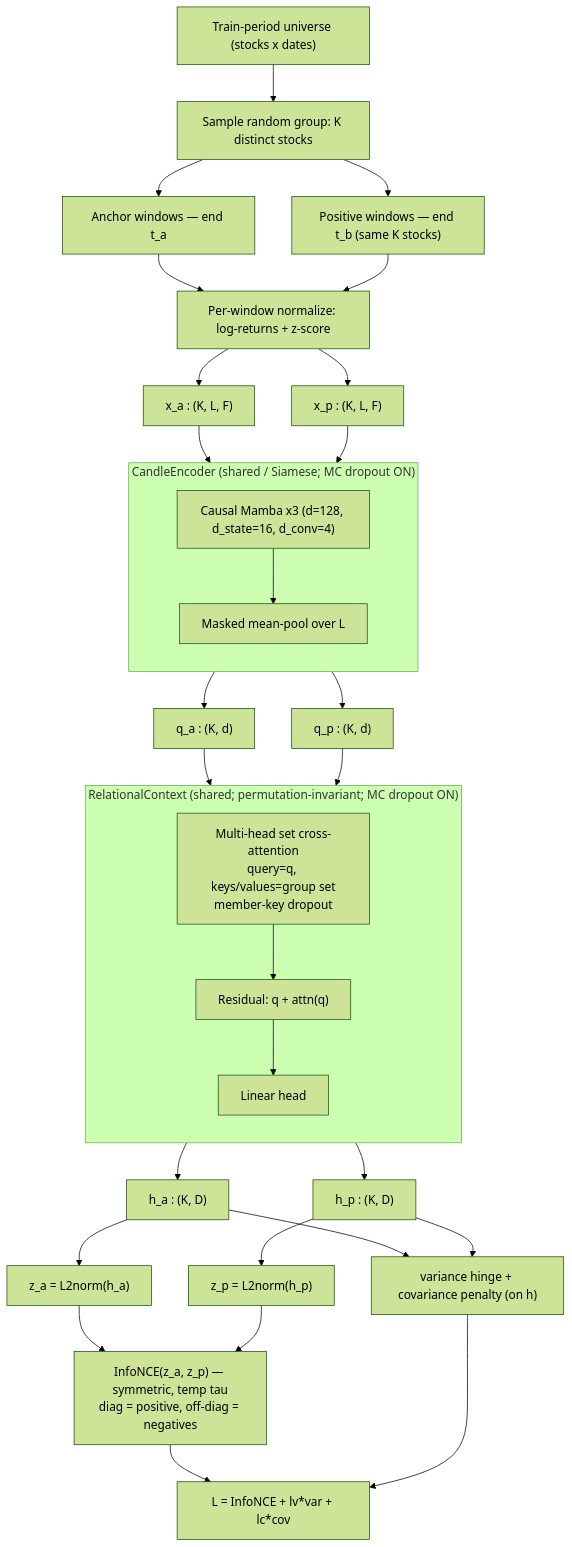
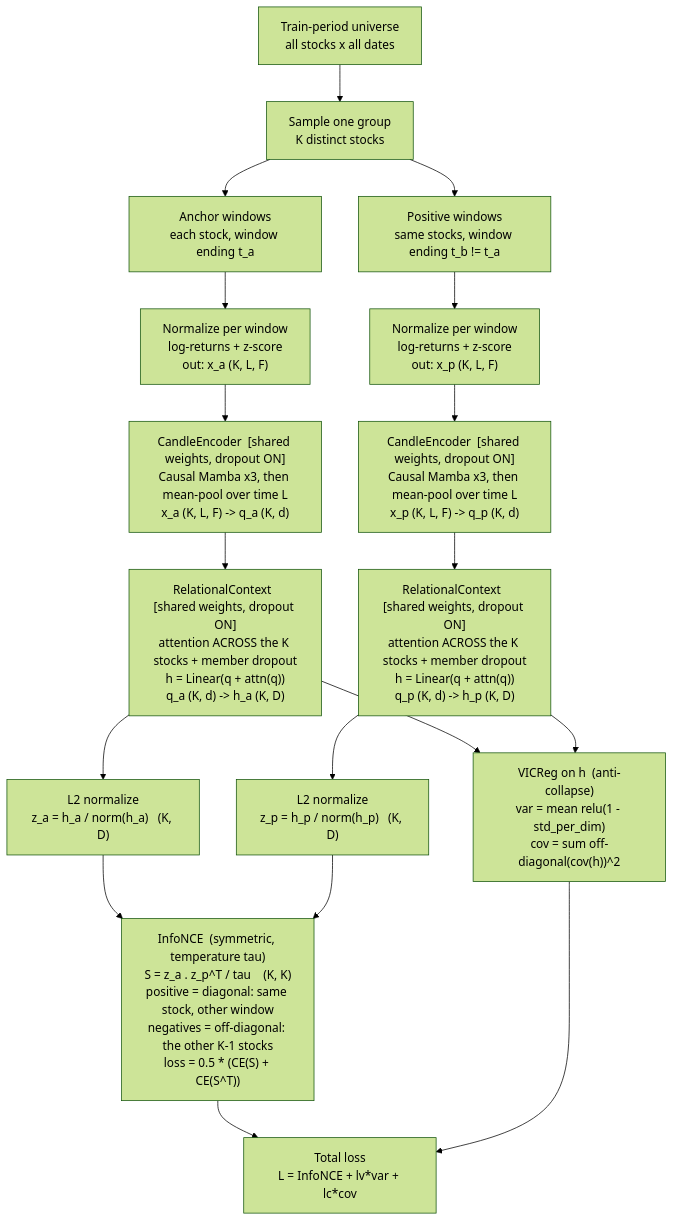
One commit to hpnyaggerman/stonks changed the first of 2 diagrams in stock_identity.md. Above: the diagram before and after it, drawn with Mermaid (forest theme). The commit also changed other lines of this file, not shown here.

Commit message:
Update stock identity doc

````diff
--- a/stock_identity.md
+++ b/stock_identity.md
@@ -21,44 +21,24 @@
 ```mermaid
 flowchart TD
-    U["Train-period universe (stocks x dates)"]
-    U --> G["Sample random group: K distinct stocks"]
-    G --> WA["Anchor windows — end t_a"]
-    G --> WP["Positive windows — end t_b (same K stocks)"]
+    U["Train-period universe<br/>all stocks x all dates"]
+    U --> G["Sample one group<br/>K distinct stocks"]
+    G --> WA["Anchor windows<br/>each stock, window ending t_a"]
+    G --> WP["Positive windows<br/>same stocks, window ending t_b != t_a"]
 
-    WA --> NORM["Per-window normalize: log-returns + z-score"]
-    WP --> NORM
-    NORM --> XA["x_a : (K, L, F)"]
-    NORM --> XP["x_p : (K, L, F)"]
+    WA --> NA["Normalize per window<br/>log-returns + z-score<br/>out: x_a (K, L, F)"]
+    NA --> MA["CandleEncoder  [shared weights, dropout ON]<br/>Causal Mamba x3, then mean-pool over time L<br/>x_a (K, L, F) -> q_a (K, d)"]
+    MA --> RA["RelationalContext  [shared weights, dropout ON]<br/>attention ACROSS the K stocks + member dropout<br/>h = Linear(q + attn(q))<br/>q_a (K, d) -> h_a (K, D)"]
+    RA --> ZA["L2 normalize<br/>z_a = h_a / norm(h_a)   (K, D)"]
 
-    subgraph ENC["CandleEncoder (shared / Siamese; MC dropout ON)"]
-      direction TB
-      MB["Causal Mamba x3 (d=128, d_state=16, d_conv=4)"]
-      MB --> PL["Masked mean-pool over L"]
-    end
-    XA --> ENC
-    XP --> ENC
-    ENC --> QA["q_a : (K, d)"]
-    ENC --> QP["q_p : (K, d)"]
+    WP --> NP["Normalize per window<br/>log-returns + z-score<br/>out: x_p (K, L, F)"]
+    NP --> MP["CandleEncoder  [shared weights, dropout ON]<br/>Causal Mamba x3, then mean-pool over time L<br/>x_p (K, L, F) -> q_p (K, d)"]
+    MP --> RP["RelationalContext  [shared weights, dropout ON]<br/>attention ACROSS the K stocks + member dropout<br/>h = Linear(q + attn(q))<br/>q_p (K, d) -> h_p (K, D)"]
+    RP --> ZP["L2 normalize<br/>z_p = h_p / norm(h_p)   (K, D)"]
 
-    subgraph REL["RelationalContext (shared; permutation-invariant; MC dropout ON)"]
-      direction TB
-      AT["Multi-head set cross-attention<br/>query=q, keys/values=group set<br/>member-key dropout"]
-      AT --> RS["Residual: q + attn(q)"]
-      RS --> HD["Linear head"]
-    end
-    QA --> REL
-    QP --> REL
-    REL --> HA["h_a : (K, D)"]
-    REL --> HP["h_p : (K, D)"]
-
-    HA --> ZA["z_a = L2norm(h_a)"]
-    HP --> ZP["z_p = L2norm(h_p)"]
-
-    ZA --> NCE["InfoNCE(z_a, z_p) — symmetric, temp tau<br/>diag = positive, off-diag = negatives"]
+    ZA --> NCE["InfoNCE  (symmetric, temperature tau)<br/>S = z_a . z_p^T / tau    (K, K)<br/>positive = diagonal: same stock, other window<br/>negatives = off-diagonal: the other K-1 stocks<br/>loss = 0.5 * (CE(S) + CE(S^T))"]
     ZP --> NCE
-    HA --> VC["variance hinge + covariance penalty (on h)"]
-    HP --> VC
-
-    NCE --> OBJ["L = InfoNCE + lv*var + lc*cov"]
-    VC --> OBJ
+    RA --> VC["VICReg on h  (anti-collapse)<br/>var = mean relu(1 - std_per_dim)<br/>cov = sum off-diagonal(cov(h))^2"]
+    RP --> VC
+    NCE --> L["Total loss<br/>L = InfoNCE + lv*var + lc*cov"]
+    VC --> L
 ```
````
